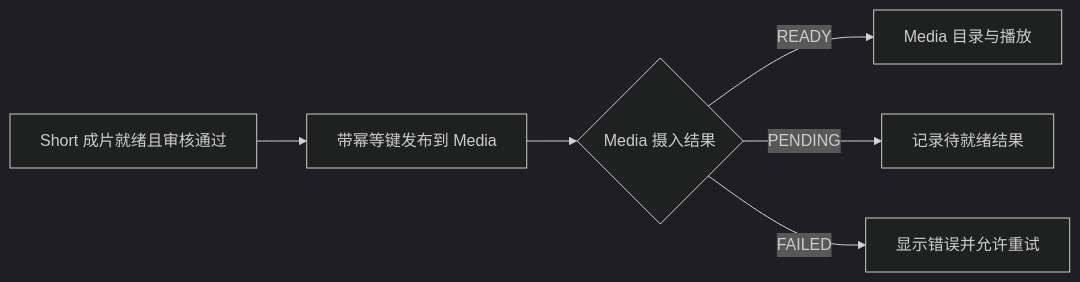
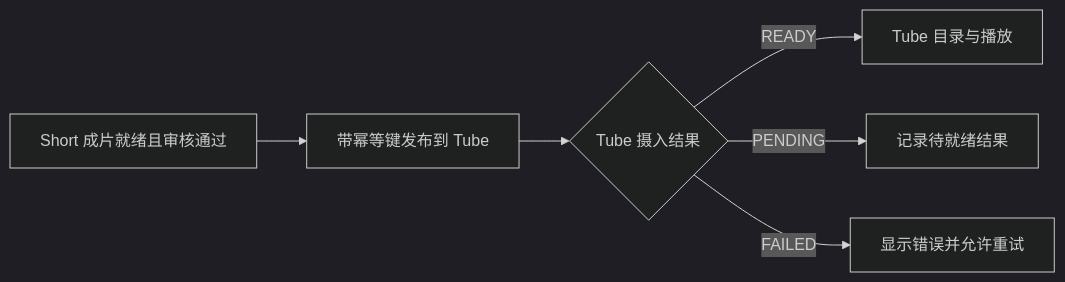
The diagram in docs/review/product-direction-20261006.md (liuliuzo/bgssai-short), drawn with Mermaid (dark theme) before and after one commit. The commit also changed other lines of this file and 54 other files, not shown here.

First line of the commit message:
chore: point bgssai-media references at bgssai-tube

````diff
--- a/docs/review/product-direction-20261006.md
+++ b/docs/review/product-direction-20261006.md
@@ -39,8 +39,8 @@
 ```mermaid
 flowchart LR
-    A[Short 成片就绪且审核通过] --> B[带幂等键发布到 Media]
-    B --> C{Media 摄入结果}
-    C -->|READY| D[Media 目录与播放]
+    A[Short 成片就绪且审核通过] --> B[带幂等键发布到 Tube]
+    B --> C{Tube 摄入结果}
+    C -->|READY| D[Tube 目录与播放]
     C -->|PENDING| E[记录待就绪结果]
     C -->|FAILED| F[显示错误并允许重试]
 ```
````
